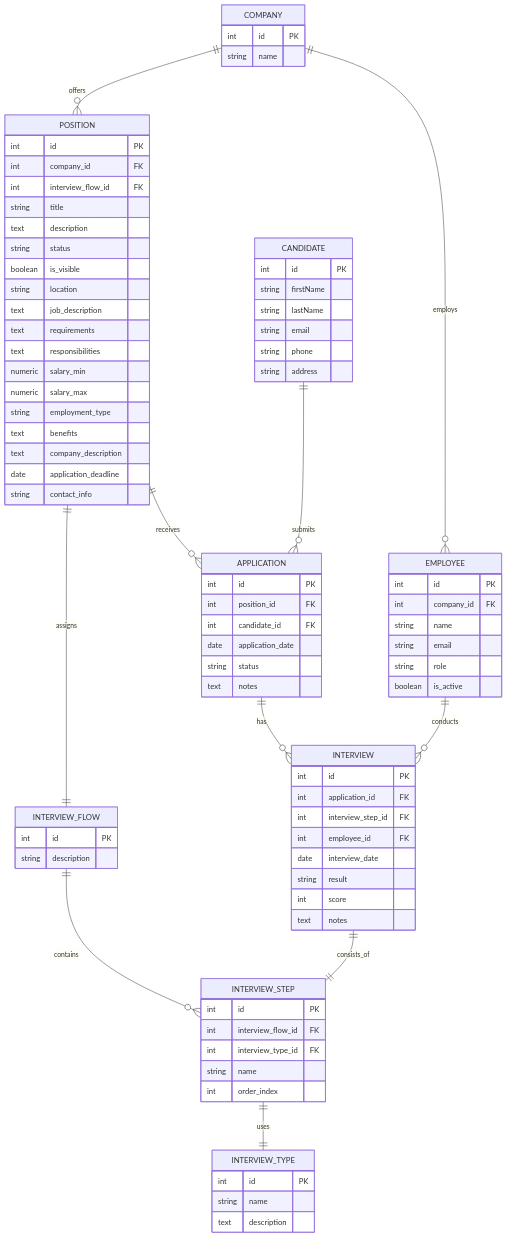
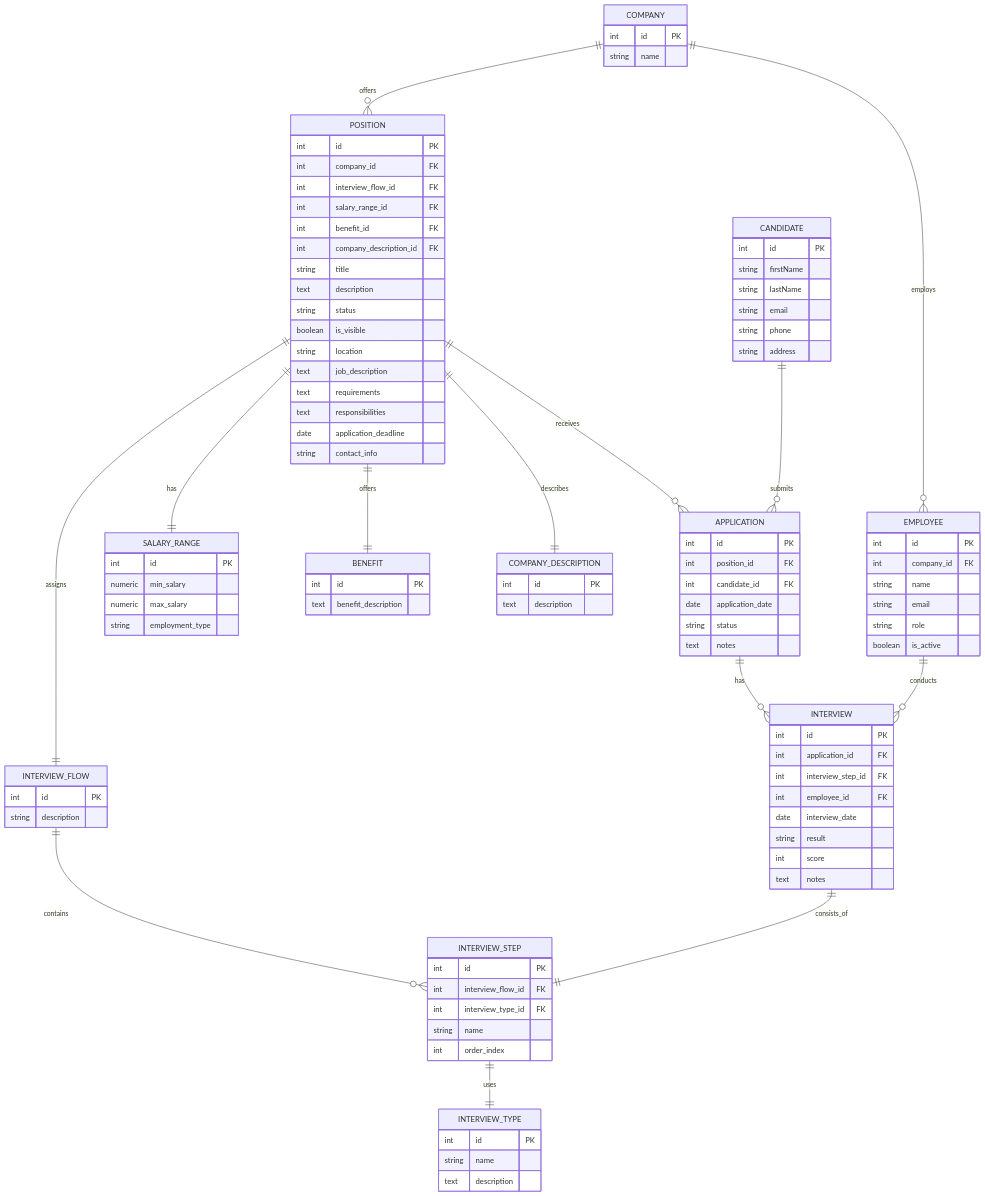
Before and after one commit to LIDR-academy/AI4Devs-db-202404: the diagram in backend/ERD.md, drawn with Mermaid.

Commit message:
Updated ERD.

```diff
--- a/backend/ERD.md
+++ b/backend/ERD.md
@@ -16,6 +16,9 @@
     int id PK
     int company_id FK
     int interview_flow_id FK
+    int salary_range_id FK
+    int benefit_id FK
+    int company_description_id FK
     string title
     text description
     string status
@@ -24,13 +27,22 @@
     text job_description
     text requirements
     text responsibilities
-    numeric salary_min
-    numeric salary_max
-    string employment_type
-    text benefits
-    text company_description
     date application_deadline
     string contact_info
+}
+SALARY_RANGE {
+    int id PK
+    numeric min_salary
+    numeric max_salary
+    string employment_type
+}
+BENEFIT {
+    int id PK
+    text benefit_description
+}
+COMPANY_DESCRIPTION {
+    int id PK
+    text description
 }
 INTERVIEW_FLOW {
     int id PK
@@ -78,6 +90,9 @@
 COMPANY ||--o{ EMPLOYEE : employs
 COMPANY ||--o{ POSITION : offers
 POSITION ||--|| INTERVIEW_FLOW : assigns
+POSITION ||--|| SALARY_RANGE : has
+POSITION ||--|| BENEFIT : offers
+POSITION ||--|| COMPANY_DESCRIPTION : describes
 INTERVIEW_FLOW ||--o{ INTERVIEW_STEP : contains
 INTERVIEW_STEP ||--|| INTERVIEW_TYPE : uses
 POSITION ||--o{ APPLICATION : receives
```
